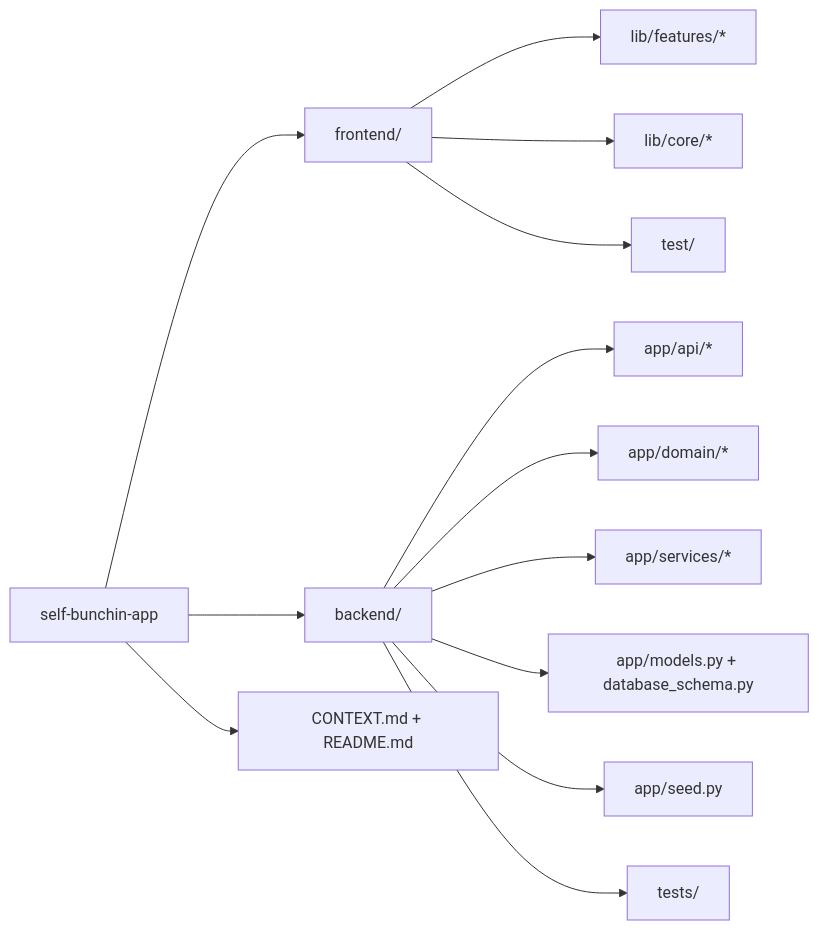
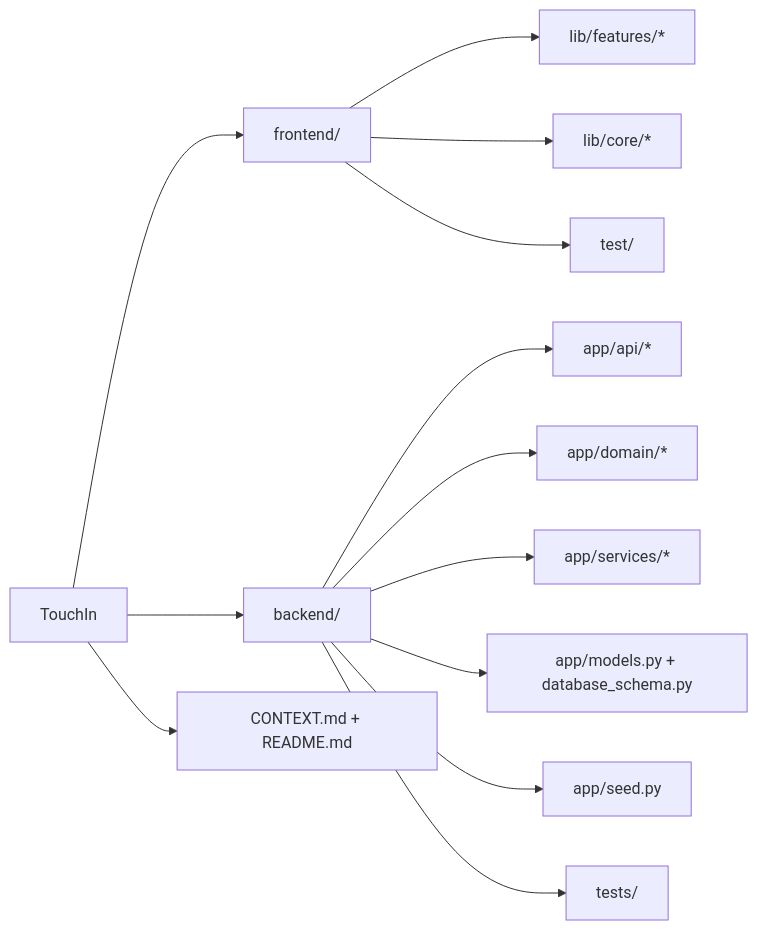
One commit to MarcosAlves90/touchin changed the fourth of 4 diagrams in README.md. Above: the diagram before and after it, drawn with Mermaid. The commit also changed other lines of this file and 77 other files, not shown here.

Commit message:
fix: rename Bunchin to TouchIn and resolve quality findings (#35)

````diff
--- a/README.md
+++ b/README.md
@@ -111,18 +111,18 @@
 ```mermaid
 flowchart LR
-  Root["self-bunchin-app"]
+  Root["TouchIn"]
   Root --> Frontend["frontend/"]
   Root --> Backend["backend/"]
   Root --> Docs["CONTEXT.md + README.md"]
 
   Frontend --> UI["lib/features/*"]
   Frontend --> Core["lib/core/*"]
   Frontend --> Tests["test/"]
 
   Backend --> Api["app/api/*"]
   Backend --> Domain["app/domain/*"]
   Backend --> Services["app/services/*"]
   Backend --> Db["app/models.py + database_schema.py"]
   Backend --> Seed["app/seed.py"]
   Backend --> Tests2["tests/"]
 ```
````
